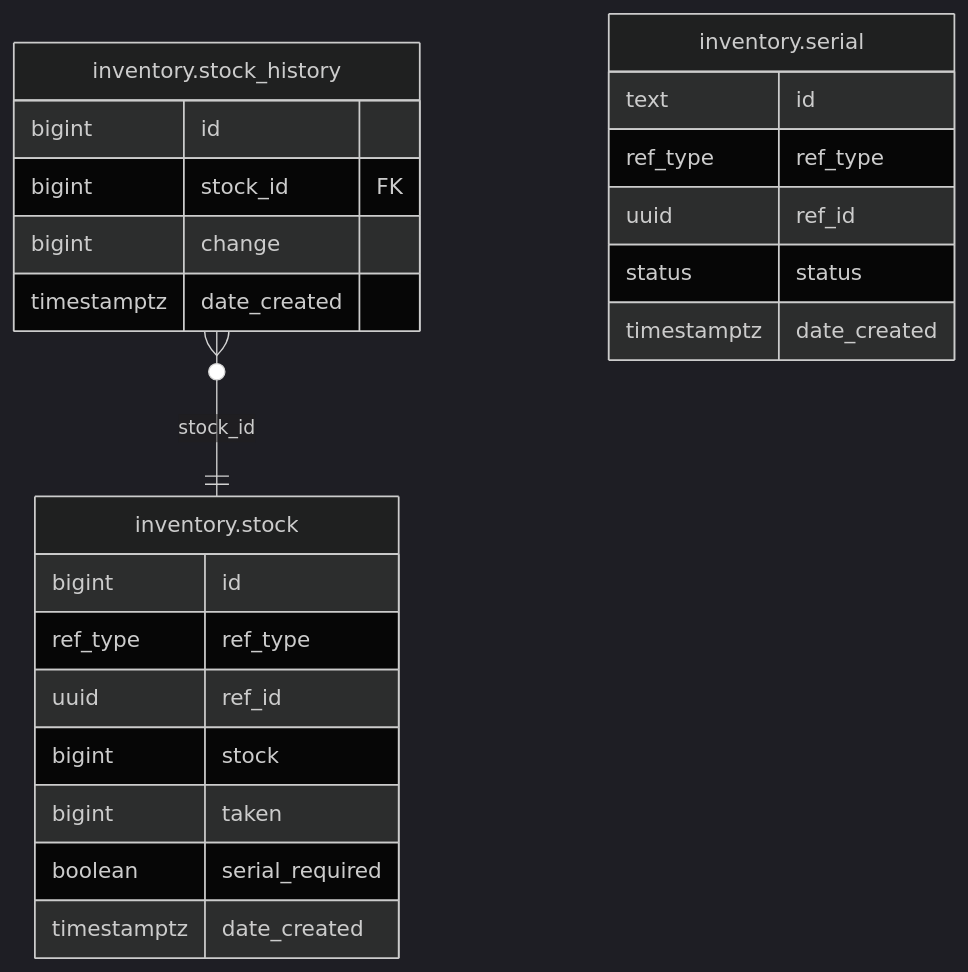
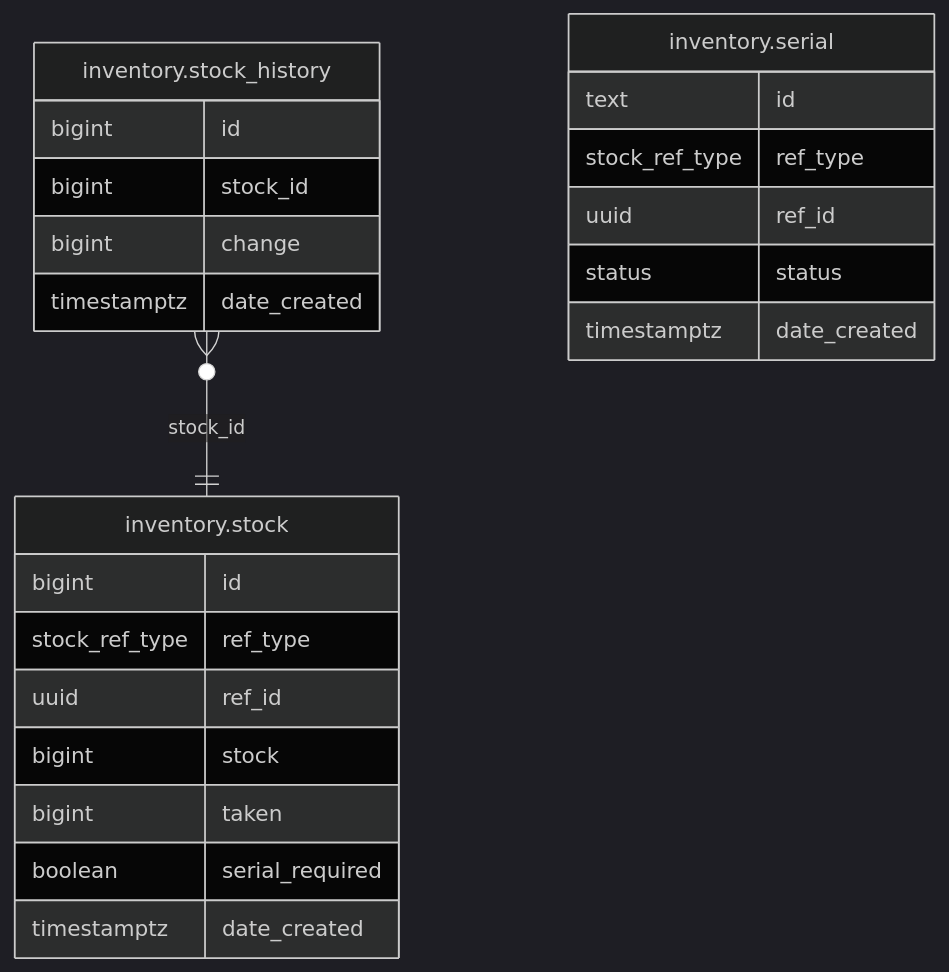
One commit to shopnexus/shopnexus-server changed the diagram in internal/module/inventory/README.md. Above: the diagram before and after it, drawn with Mermaid (dark theme). The commit also changed other lines of this file and 12 other files, not shown here.

Commit message:
add generating mermaid script & update all readmes

````diff
--- a/internal/module/inventory/README.md
+++ b/internal/module/inventory/README.md
@@ -46,27 +10,27 @@
 ```mermaid
 erDiagram
 "inventory.stock_history" }o--|| "inventory.stock" : "stock_id"
 
 "inventory.serial" {
   text id
-  ref_type ref_type
+  stock_ref_type ref_type
   uuid ref_id
   status status
   timestamptz date_created
 }
 "inventory.stock" {
   bigint id
-  ref_type ref_type
+  stock_ref_type ref_type
   uuid ref_id
   bigint stock
   bigint taken
   boolean serial_required
   timestamptz date_created
 }
 "inventory.stock_history" {
   bigint id
-  bigint stock_id FK
+  bigint stock_id
   bigint change
   timestamptz date_created
 }
 ```
````
